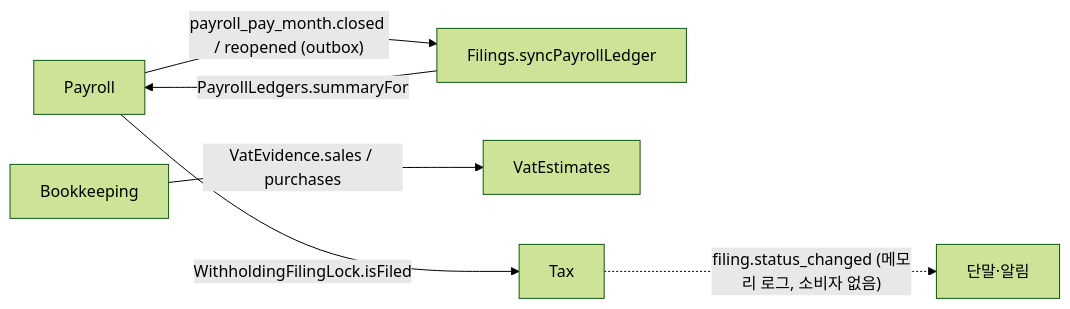
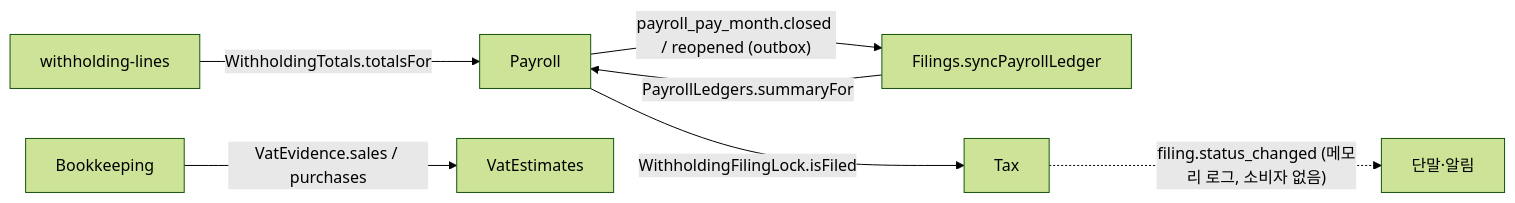
The second of 2 diagrams in docs/design/tax.md (cbcruk/semu), drawn with Mermaid (forest theme) before and after one commit. The commit also changed other lines of this file and 6 other files, not shown here.

````diff
--- a/docs/design/tax.md
+++ b/docs/design/tax.md
@@ -283,8 +315,9 @@
 ```mermaid
 flowchart LR
   PAY[Payroll] -- payroll_pay_month.closed / reopened (outbox) --> SYNC[Filings.syncPayrollLedger]
   SYNC -- PayrollLedgers.summaryFor --> PAY
+  LINES[withholding-lines] -- WithholdingTotals.totalsFor --> PAY
   BK[Bookkeeping] -- VatEvidence.sales / purchases --> VAT[VatEstimates]
   PAY -- WithholdingFilingLock.isFiled --> TAX[Tax]
   TAX -. "filing.status_changed (메모리 로그, 소비자 없음)" .-> OUT[단말·알림]
 ```
````
